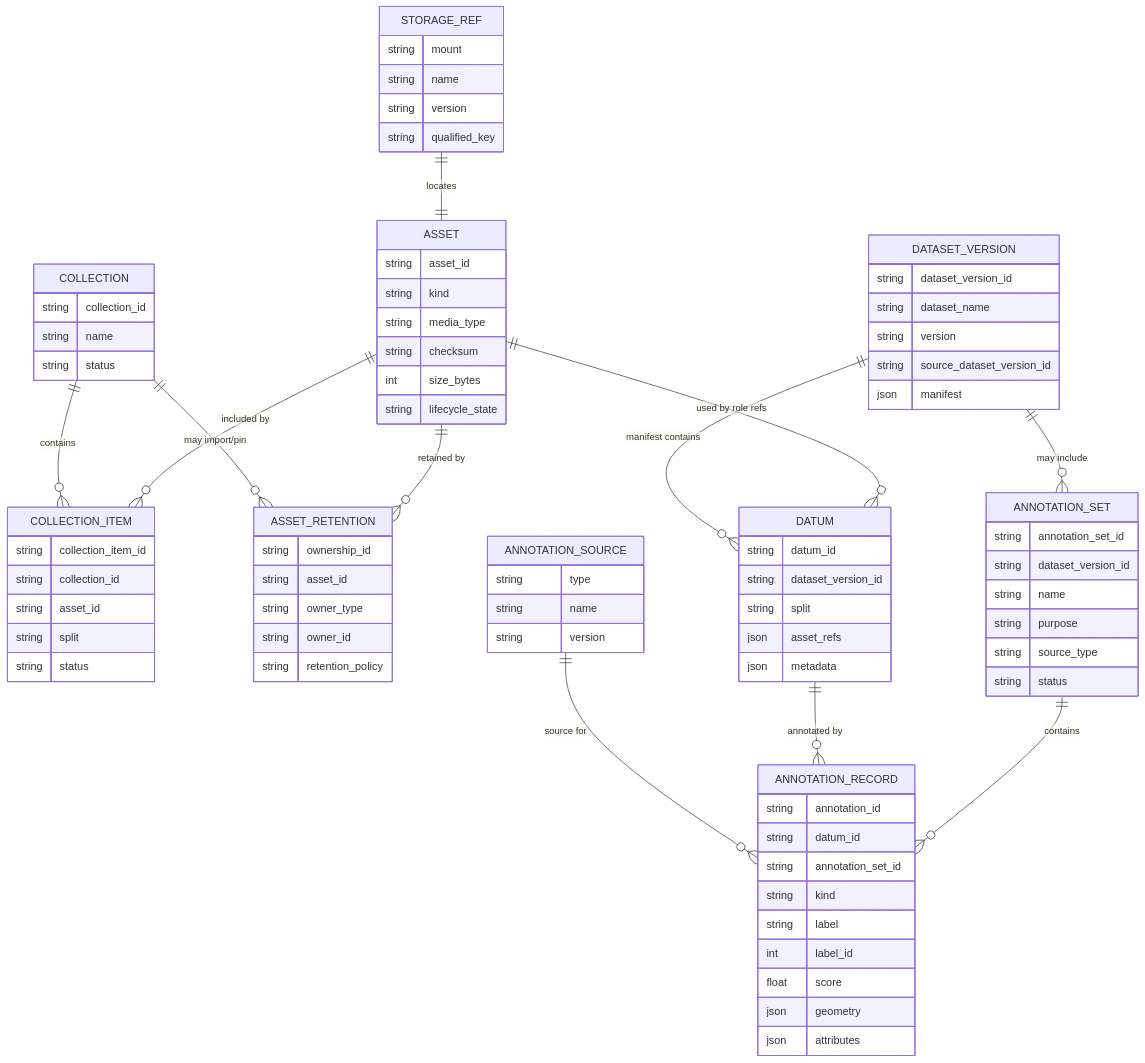
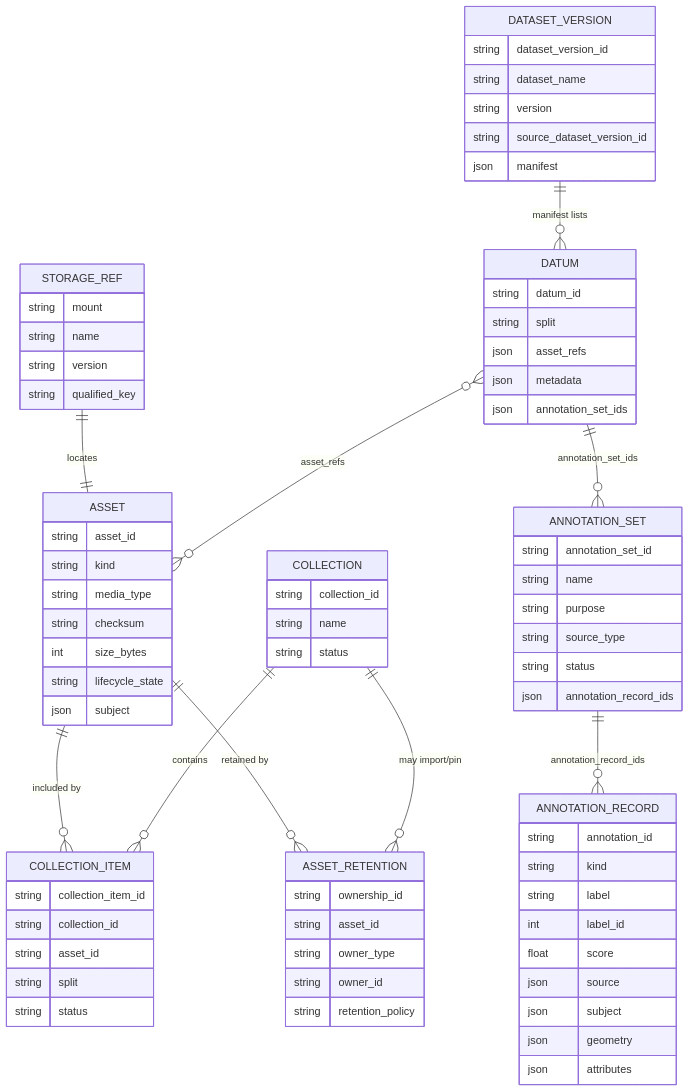
One commit to Mindtrace/mindtrace changed the seventh of 7 diagrams in docs/datalake-v3-proposal.md. Above: the diagram before and after it, drawn with Mermaid. The commit also changed other lines of this file, not shown here.

```diff
--- a/docs/datalake-v3-proposal.md
+++ b/docs/datalake-v3-proposal.md
@@ -791,12 +876,10 @@
     COLLECTION ||--o{ COLLECTION_ITEM : "contains"
     ASSET ||--o{ ASSET_RETENTION : "retained by"
     COLLECTION ||--o{ ASSET_RETENTION : "may import/pin"
-    ASSET ||--o{ DATUM : "used by role refs"
-    DATASET_VERSION ||--o{ DATUM : "manifest contains"
-    DATASET_VERSION ||--o{ ANNOTATION_SET : "may include"
-    ANNOTATION_SET ||--o{ ANNOTATION_RECORD : "contains"
-    DATUM ||--o{ ANNOTATION_RECORD : "annotated by"
-    ANNOTATION_SOURCE ||--o{ ANNOTATION_RECORD : "source for"
+    DATASET_VERSION ||--o{ DATUM : "manifest lists"
+    DATUM }o--o{ ASSET : "asset_refs"
+    DATUM ||--o{ ANNOTATION_SET : "annotation_set_ids"
+    ANNOTATION_SET ||--o{ ANNOTATION_RECORD : "annotation_record_ids"
 
     STORAGE_REF {
         string mount
@@ -812,6 +895,7 @@
         string checksum
         int size_bytes
         string lifecycle_state
+        json subject
     }
 
     COLLECTION {
@@ -838,35 +922,29 @@
 
     DATUM {
         string datum_id
-        string dataset_version_id
         string split
         json asset_refs
         json metadata
-    }
-
-    ANNOTATION_SOURCE {
-        string type
-        string name
-        string version
+        json annotation_set_ids
     }
 
     ANNOTATION_SET {
         string annotation_set_id
-        string dataset_version_id
         string name
         string purpose
         string source_type
         string status
+        json annotation_record_ids
     }
 
     ANNOTATION_RECORD {
         string annotation_id
-        string datum_id
-        string annotation_set_id
         string kind
         string label
         int label_id
         float score
+        json source
+        json subject
         json geometry
         json attributes
     }
```
